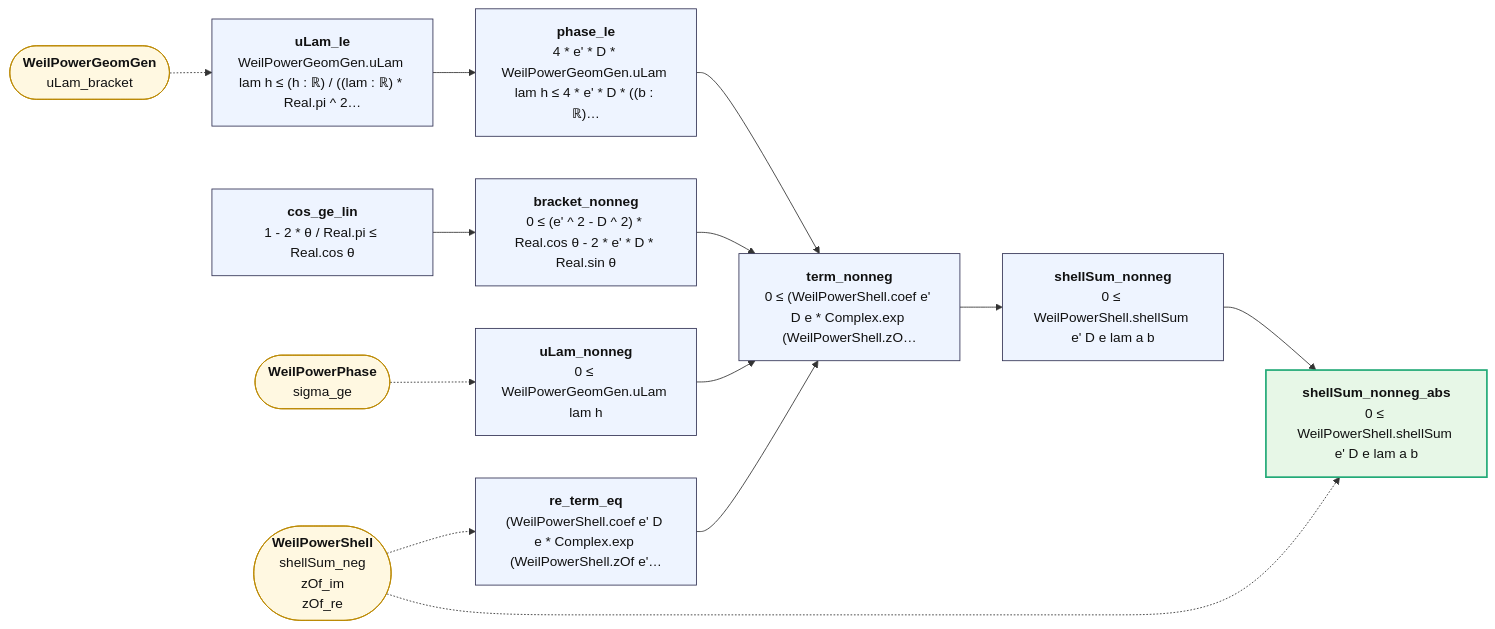
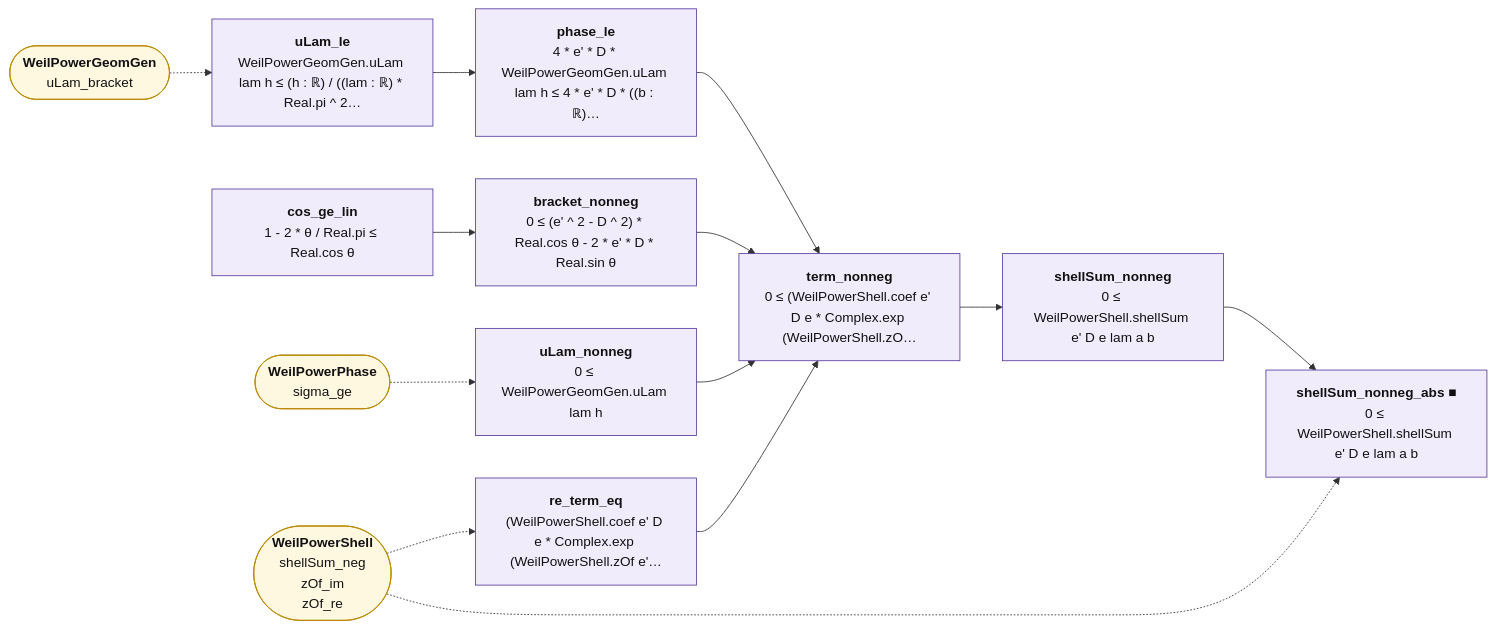
Before and after one commit to juliansambranojr/Primebeat_081426: the diagram in map/lean_stage3/WeilPowerNear.md, drawn with Mermaid. The commit also changed other lines of this file and 398 other files, not shown here.

````diff
--- a/map/lean_stage3/WeilPowerNear.md
+++ b/map/lean_stage3/WeilPowerNear.md
@@ -12,32 +12,35 @@
 ```mermaid
 flowchart LR
-  n0["<b>uLam_nonneg</b><br/>0 ≤ WeilPowerGeomGen.uLam lam h"]:::thm
-  n1["<b>uLam_le</b><br/>WeilPowerGeomGen.uLam lam h ≤ (h : ℝ) / ((lam : ℝ) * Real.pi ^ 2…"]:::thm
-  n2["<b>cos_ge_lin</b><br/>1 - 2 * θ / Real.pi ≤ Real.cos θ"]:::thm
-  n3["<b>bracket_nonneg</b><br/>0 ≤ (e' ^ 2 - D ^ 2) * Real.cos θ - 2 * e' * D * Real.sin θ"]:::thm
-  n4["<b>re_term_eq</b><br/>(WeilPowerShell.coef e' D e * Complex.exp (WeilPowerShell.zOf e'…"]:::thm
-  n5["<b>phase_le</b><br/>4 * e' * D * WeilPowerGeomGen.uLam lam h ≤ 4 * e' * D * ((b : ℝ)…"]:::thm
-  n6["<b>term_nonneg</b><br/>0 ≤ (WeilPowerShell.coef e' D e * Complex.exp (WeilPowerShell.zO…"]:::thm
-  n7["<b>shellSum_nonneg</b><br/>0 ≤ WeilPowerShell.shellSum e' D e lam a b"]:::thm
-  n8["<b>shellSum_nonneg_abs</b><br/>0 ≤ WeilPowerShell.shellSum e' D e lam a b"]:::end_
+  n0["<b>uLam_nonneg</b><br/>0 ≤ WeilPowerGeomGen.uLam lam h"]:::shp
+  n1["<b>uLam_le</b><br/>WeilPowerGeomGen.uLam lam h ≤ (h : ℝ) / ((lam : ℝ) * Real.pi ^ 2…"]:::shp
+  n2["<b>cos_ge_lin</b><br/>1 - 2 * θ / Real.pi ≤ Real.cos θ"]:::shp
+  n3["<b>bracket_nonneg</b><br/>0 ≤ (e' ^ 2 - D ^ 2) * Real.cos θ - 2 * e' * D * Real.sin θ"]:::shp
+  n4["<b>re_term_eq</b><br/>(WeilPowerShell.coef e' D e * Complex.exp (WeilPowerShell.zOf e'…"]:::shp
+  n5["<b>phase_le</b><br/>4 * e' * D * WeilPowerGeomGen.uLam lam h ≤ 4 * e' * D * ((b : ℝ)…"]:::shp
+  n6["<b>term_nonneg</b><br/>0 ≤ (WeilPowerShell.coef e' D e * Complex.exp (WeilPowerShell.zO…"]:::shp
+  n7["<b>shellSum_nonneg</b><br/>0 ≤ WeilPowerShell.shellSum e' D e lam a b"]:::shp
+  n8["<b>shellSum_nonneg_abs ■</b><br/>0 ≤ WeilPowerShell.shellSum e' D e lam a b"]:::shp
   x0(["<b>WeilPowerPhase</b><br/>sigma_ge"]):::ext
   x1(["<b>WeilPowerGeomGen</b><br/>uLam_bracket"]):::ext
   x2(["<b>WeilPowerShell</b><br/>shellSum_neg<br/>zOf_im<br/>zOf_re"]):::ext
   n0 --> n6
   n1 --> n5
   n2 --> n3
   n3 --> n6
   n4 --> n6
   n5 --> n6
   n6 --> n7
   n7 --> n8
   x0 -.-> n0
   x1 -.-> n1
   x2 -.-> n4
   x2 -.-> n8
+  classDef cnt fill:#dff5ec,stroke:#17694a,color:#111
+  classDef shp fill:#f1ecfb,stroke:#5b3fa0,color:#111
+  classDef rh fill:#ffe5e5,stroke:#c22,color:#111,stroke-width:2px
   classDef thm fill:#eef4ff,stroke:#335,color:#111
   classDef end_ fill:#e7f7e7,stroke:#2a7,color:#111,stroke-width:2px
   classDef lone fill:#fff,stroke:#999,color:#111,stroke-dasharray:4 3
   classDef bad fill:#ffe5e5,stroke:#c22,color:#111,stroke-width:2px
   classDef ext fill:#fff8e1,stroke:#b80,color:#111
 ```
````
